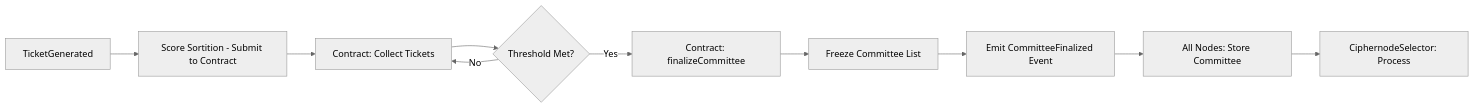
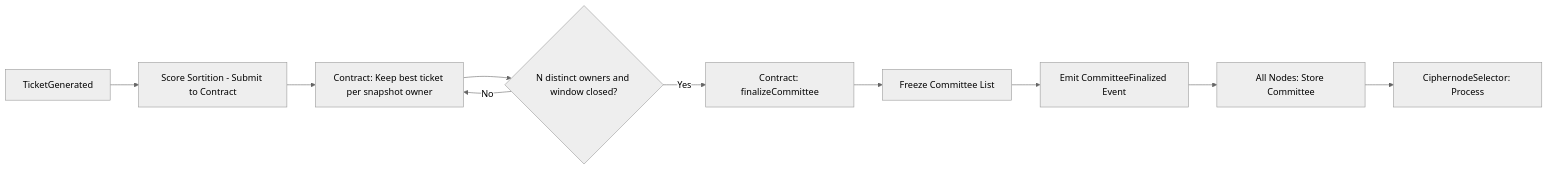
Before and after one commit to theinterfold/interfold: the fourth of 4 diagrams in crates/sortition/Readme.md, drawn with Mermaid (neutral theme). The commit also changed other lines of this file and 31 other files, not shown here.

Commit message:
fix(sortition): cap committees at one seat per bond owner

````diff
--- a/crates/sortition/Readme.md
+++ b/crates/sortition/Readme.md
@@ -222,12 +222,12 @@
 ```mermaid
 flowchart LR
     A[TicketGenerated] --> D[Score Sortition - Submit to Contract]
-    D --> E[Contract: Collect Tickets]
-    E --> F{Threshold Met?}
+    D --> E[Contract: Keep best ticket per snapshot owner]
+    E --> F{N distinct owners and window closed?}
     F -->|No| E
     F -->|Yes| G[Contract: finalizeCommittee]
     G --> H[Freeze Committee List]
     H --> I[Emit CommitteeFinalized Event]
     I --> K[All Nodes: Store Committee]
     K --> L[CiphernodeSelector: Process]
 ```
````
